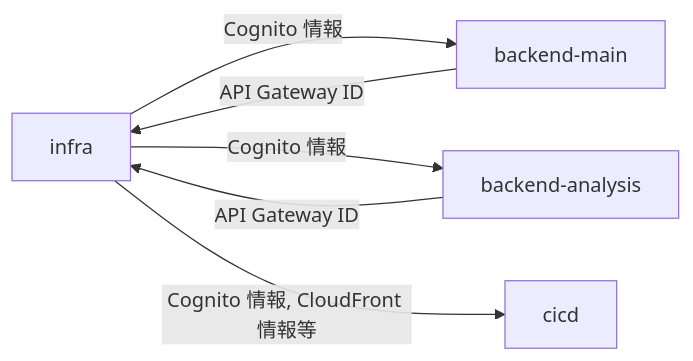
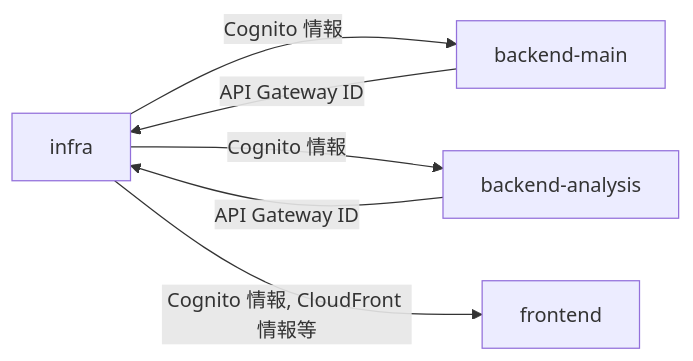
The first of 2 diagrams in docs/units_contracts.md (h-akira/ShogiProject2), drawn with Mermaid before and after one commit. The commit also changed other lines of this file and 17 other files, not shown here.

````diff
--- a/docs/units_contracts.md
+++ b/docs/units_contracts.md
@@ -57,8 +57,8 @@
 ```mermaid
 graph LR
   infra -->|Cognito 情報| backend-main
   infra -->|Cognito 情報| backend-analysis
-  infra -->|Cognito 情報, CloudFront 情報等| cicd
+  infra -->|Cognito 情報, CloudFront 情報等| frontend
   backend-main -->|API Gateway ID| infra
   backend-analysis -->|API Gateway ID| infra
 ```
````
